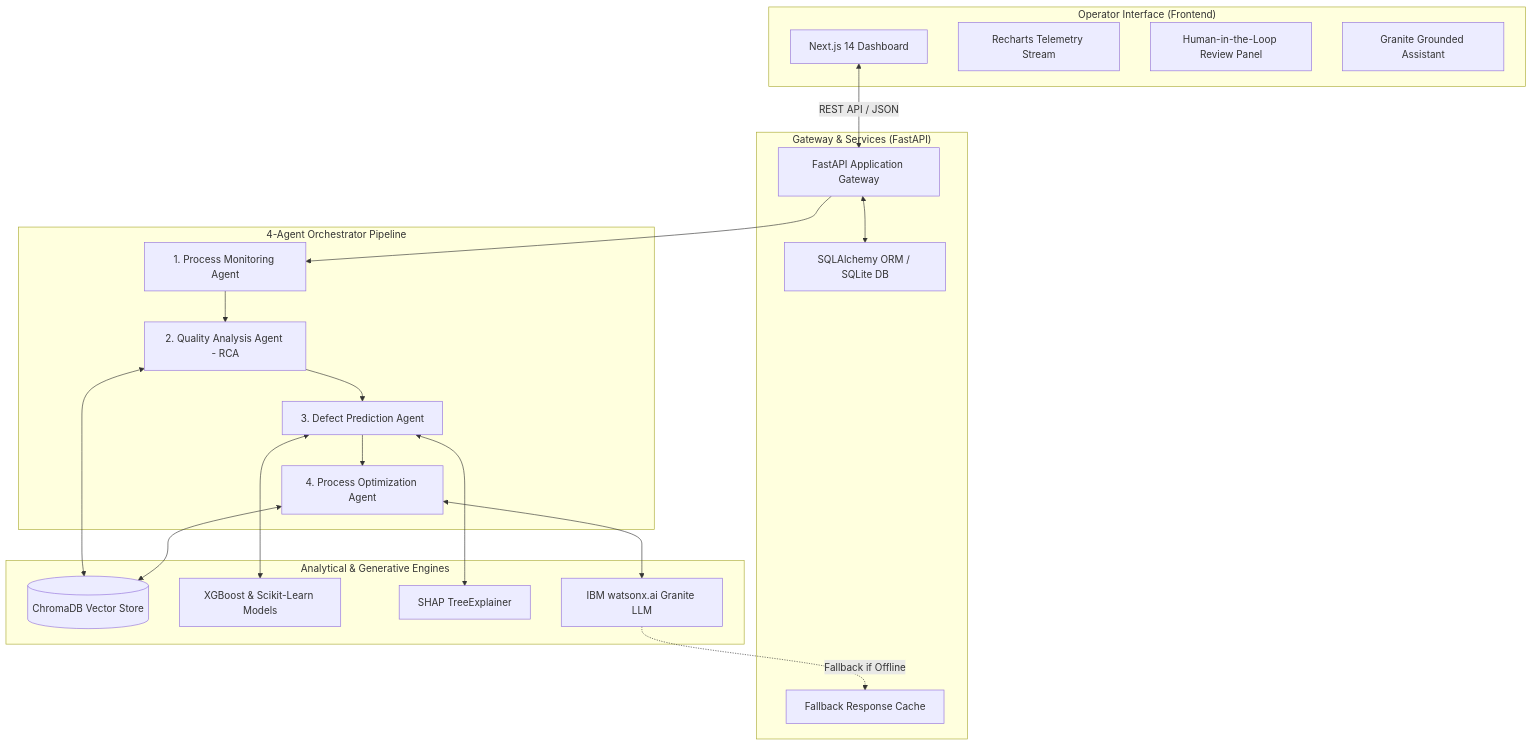
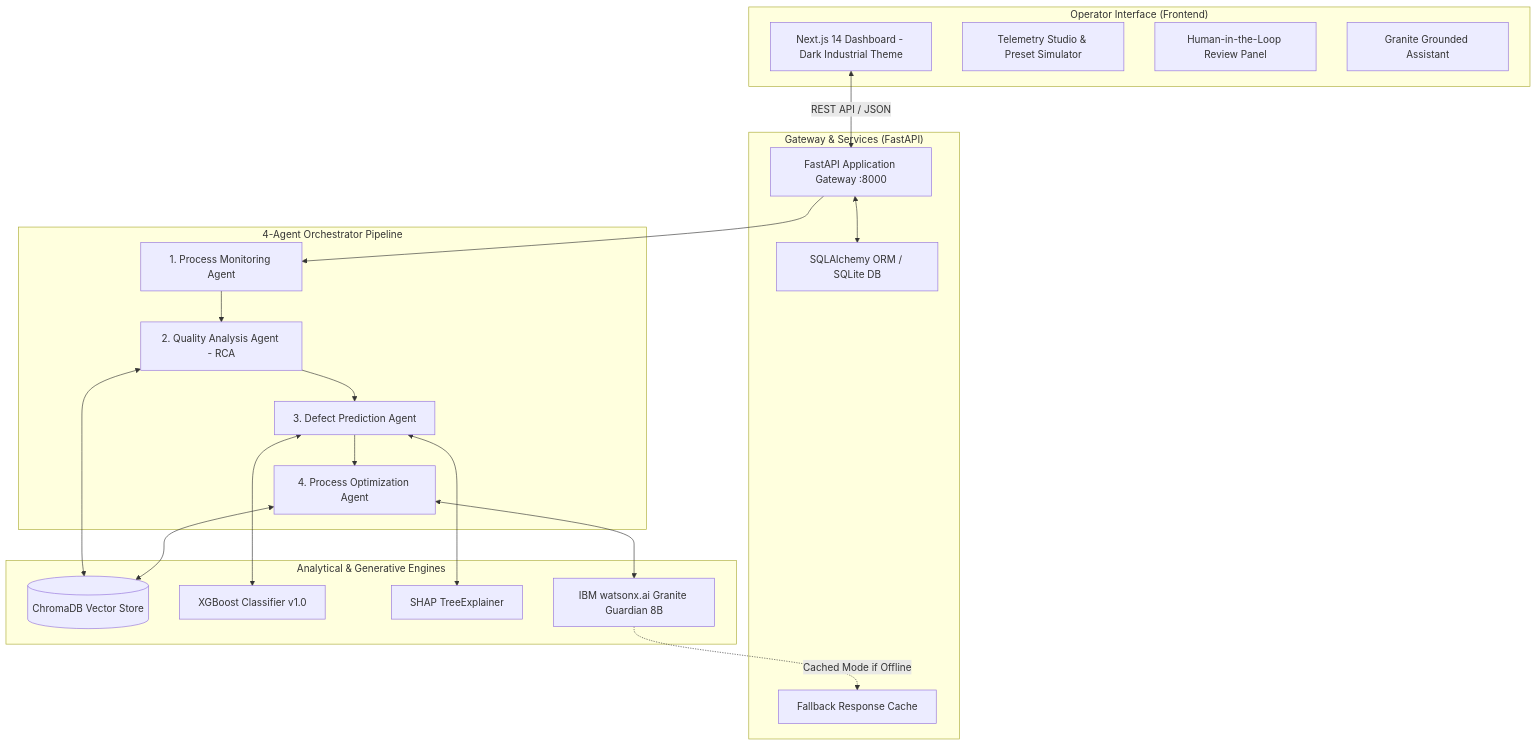
The diagram in README.md (Omganesh014/IndustrialGuard-AI), drawn with Mermaid before and after one commit. The commit also changed other lines of this file, not shown here.

Commit message:
docs: update README with Next.js 14 dashboard guide, app.py runner, and project deliverables

````diff
--- a/README.md
+++ b/README.md
@@ -76,42 +80,42 @@
 ```mermaid
 flowchart TD
     subgraph UI ["Operator Interface (Frontend)"]
-        A[Next.js 14 Dashboard]
-        B[Recharts Telemetry Stream]
+        A[Next.js 14 Dashboard - Dark Industrial Theme]
+        B[Telemetry Studio & Preset Simulator]
         C[Human-in-the-Loop Review Panel]
         D[Granite Grounded Assistant]
     end
 
     subgraph API ["Gateway & Services (FastAPI)"]
-        E[FastAPI Application Gateway]
+        E[FastAPI Application Gateway :8000]
         F[SQLAlchemy ORM / SQLite DB]
         G[Fallback Response Cache]
     end
 
     subgraph Agents ["4-Agent Orchestrator Pipeline"]
         H[1. Process Monitoring Agent]
         I[2. Quality Analysis Agent - RCA]
         J[3. Defect Prediction Agent]
         K[4. Process Optimization Agent]
     end
 
     subgraph Engines ["Analytical & Generative Engines"]
         L[(ChromaDB Vector Store)]
-        M[XGBoost & Scikit-Learn Models]
+        M[XGBoost Classifier v1.0]
         N[SHAP TreeExplainer]
-        O[IBM watsonx.ai Granite LLM]
+        O[IBM watsonx.ai Granite Guardian 8B]
     end
 
     A <-->|REST API / JSON| E
     E <--> F
     E --> H
     H --> I
     I --> J
     J --> K
     I <--> L
     J <--> M
     J <--> N
     K <--> L
     K <--> O
-    O -.->|Fallback if Offline| G
+    O -.->|Cached Mode if Offline| G
 ```
````
